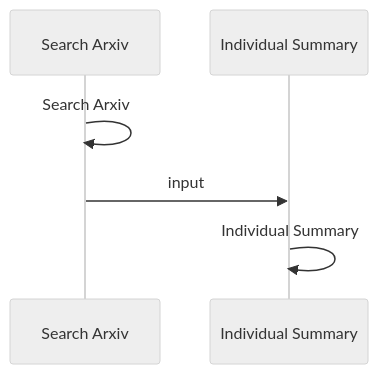
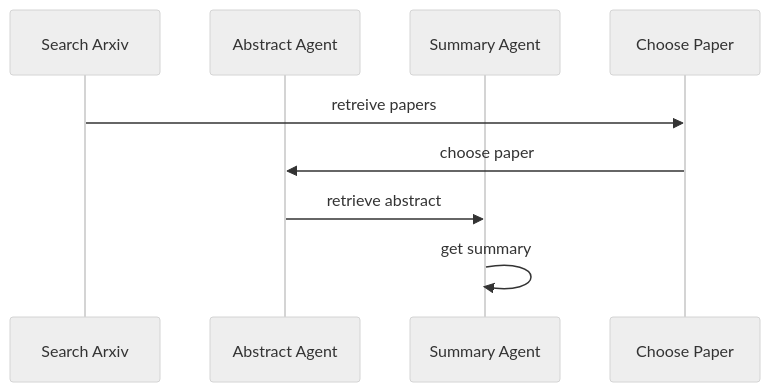
The diagram in maestro/demos/workflows/summary.ai/README.md (maximilien/maestro), drawn with Mermaid (neutral theme) before and after one commit. The commit also changed 2 other files, not shown here.

Commit message:
updating summary agents (#416)
* new summary agents

* updating agents

* mermaid disgarm update

````diff
--- a/maestro/demos/workflows/summary.ai/README.md
+++ b/maestro/demos/workflows/summary.ai/README.md
@@ -8,8 +8,11 @@
 ```mermaid
 sequenceDiagram
 participant Search Arxiv
-participant Individual Summary
-Search Arxiv->>Search Arxiv: Search Arxiv
-Search Arxiv->>Individual Summary: input
-Individual Summary->>Individual Summary: Individual Summary
+participant Abstract Agent
+participant Summary Agent
+participant Choose Paper
+Search Arxiv->>Choose Paper: retreive papers
+Choose Paper->>Abstract Agent: choose paper
+Abstract Agent->>Summary Agent: retrieve abstract
+Summary Agent->>Summary Agent: get summary
 ```
````
